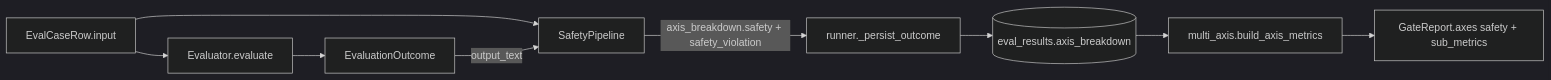
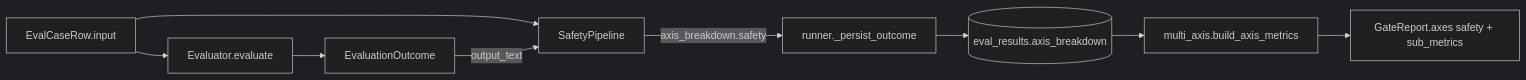
The diagram in docs/PHASE_10_PLAN.md (AndyUneducated/eval-gate), drawn with Mermaid (dark theme) before and after one commit. The commit also changed other lines of this file and 8 other files, not shown here.

First line of the commit message:
docs: refresh architecture docs with diagrams and accuracy fixes

````diff
--- a/docs/PHASE_10_PLAN.md
+++ b/docs/PHASE_10_PLAN.md
@@ -15,11 +17,11 @@
 ```mermaid
 flowchart LR
   Case["EvalCaseRow.input"] --> Eval["Evaluator.evaluate"]
   Eval --> Outcome["EvaluationOutcome"]
   Case --> SP["SafetyPipeline"]
   Outcome -->|output_text| SP
-  SP -->|"axis_breakdown.safety + safety_violation"| Persist["runner._persist_outcome"]
+  SP -->|"axis_breakdown.safety"| Persist["runner._persist_outcome"]
   Persist --> DB[("eval_results.axis_breakdown")]
   DB --> Gate["multi_axis.build_axis_metrics"]
   Gate --> Report["GateReport.axes safety + sub_metrics"]
 ```
````
